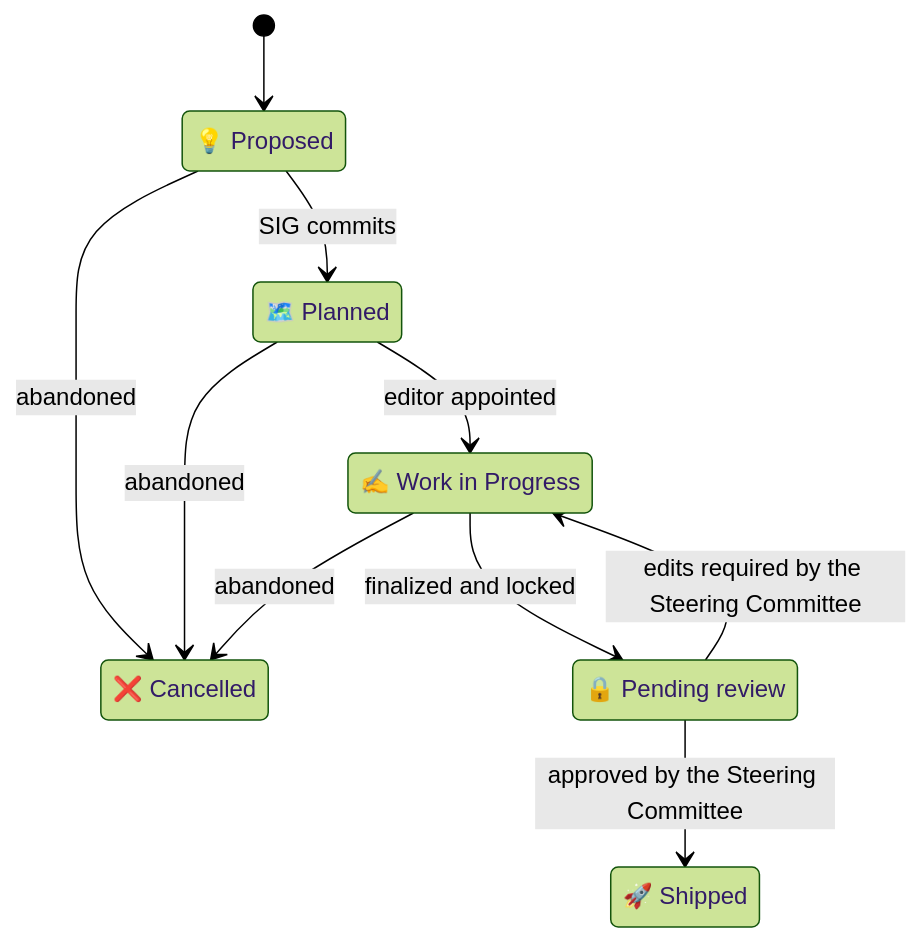
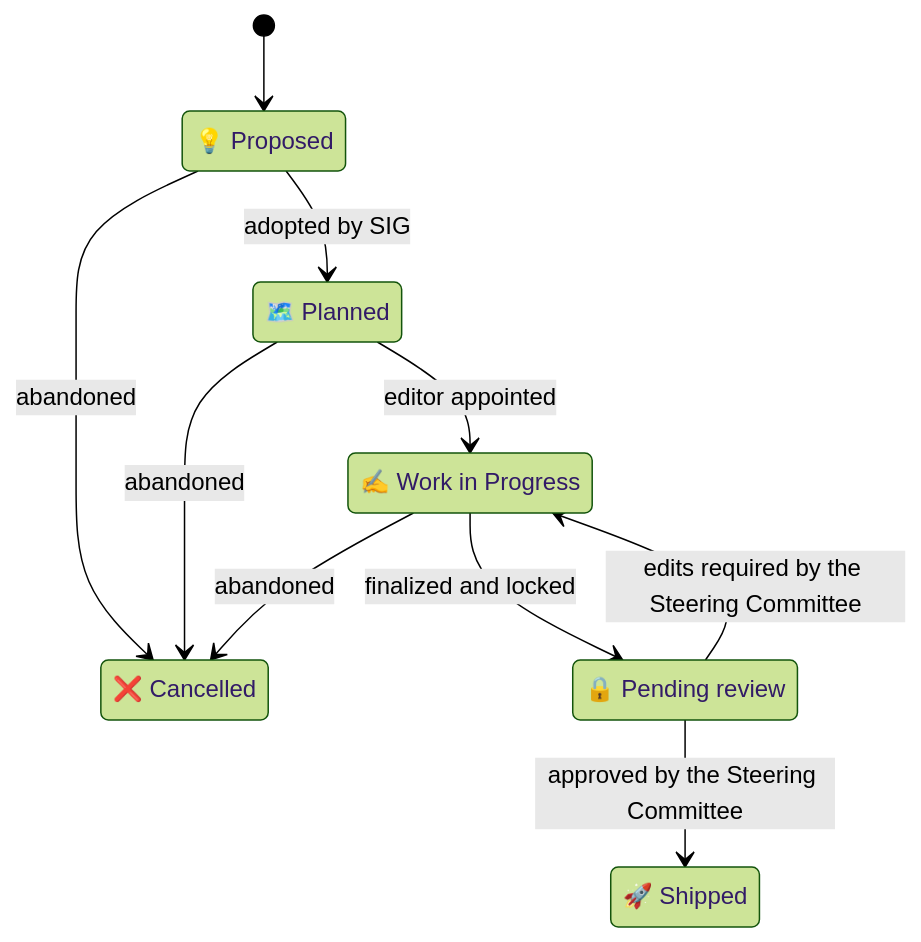
One commit to orcwg/orcwg changed the first of 2 diagrams in working-mode.md. Above: the diagram before and after it, drawn with Mermaid (forest theme).

Commit message:
Rename SIG commits transition to adopted by SIG

````diff
--- a/working-mode.md
+++ b/working-mode.md
@@ -50,19 +50,19 @@
 ```mermaid
 stateDiagram-v2
     [*] --> proposed
-    proposed --> planned: SIG commits
+    proposed --> planned: adopted by SIG
     proposed --> cancelled: abandoned
     planned --> work_in_progress: editor appointed
     planned --> cancelled: abandoned
     work_in_progress --> pending_review: finalized and locked
     pending_review --> shipped: approved by the Steering Committee
     pending_review --> work_in_progress: edits required by the Steering Committee
     work_in_progress --> cancelled: abandoned
 
     proposed: 💡 Proposed
     planned: 🗺️ Planned
     work_in_progress: ✍️ Work in Progress
     pending_review: 🔒 Pending review
     shipped: 🚀 Shipped
     cancelled: ❌ Cancelled
 ```
````
